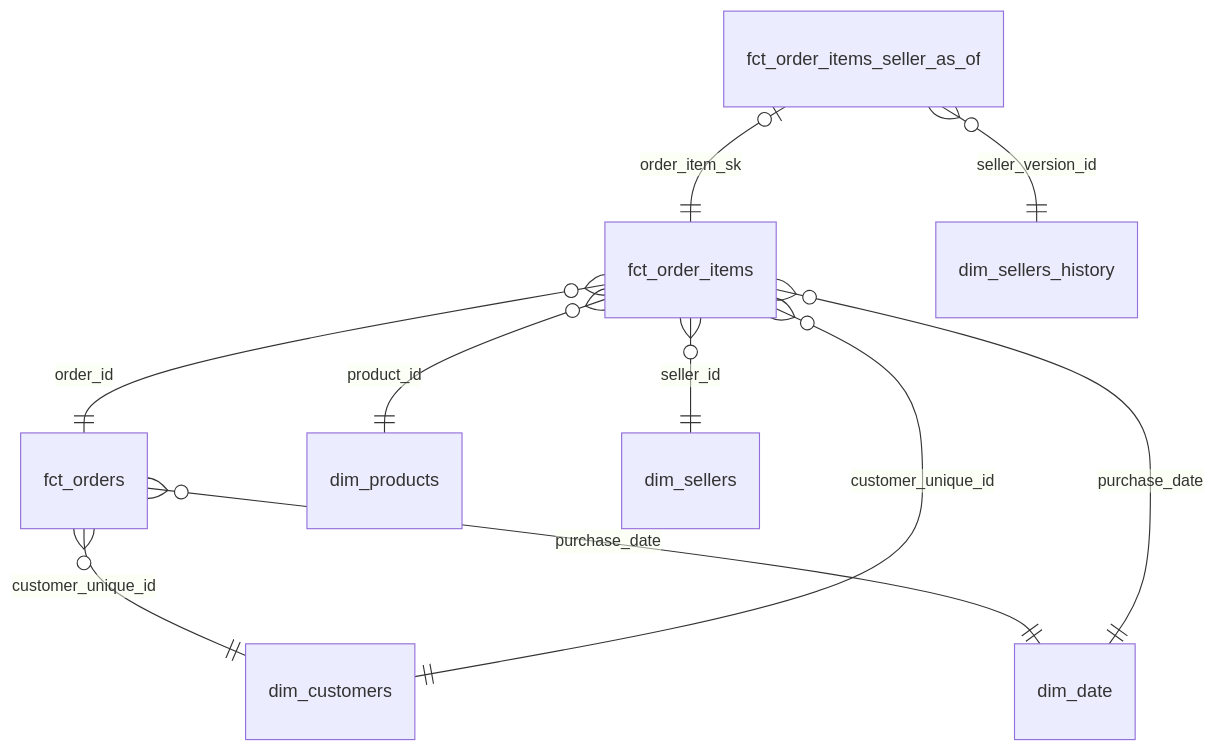
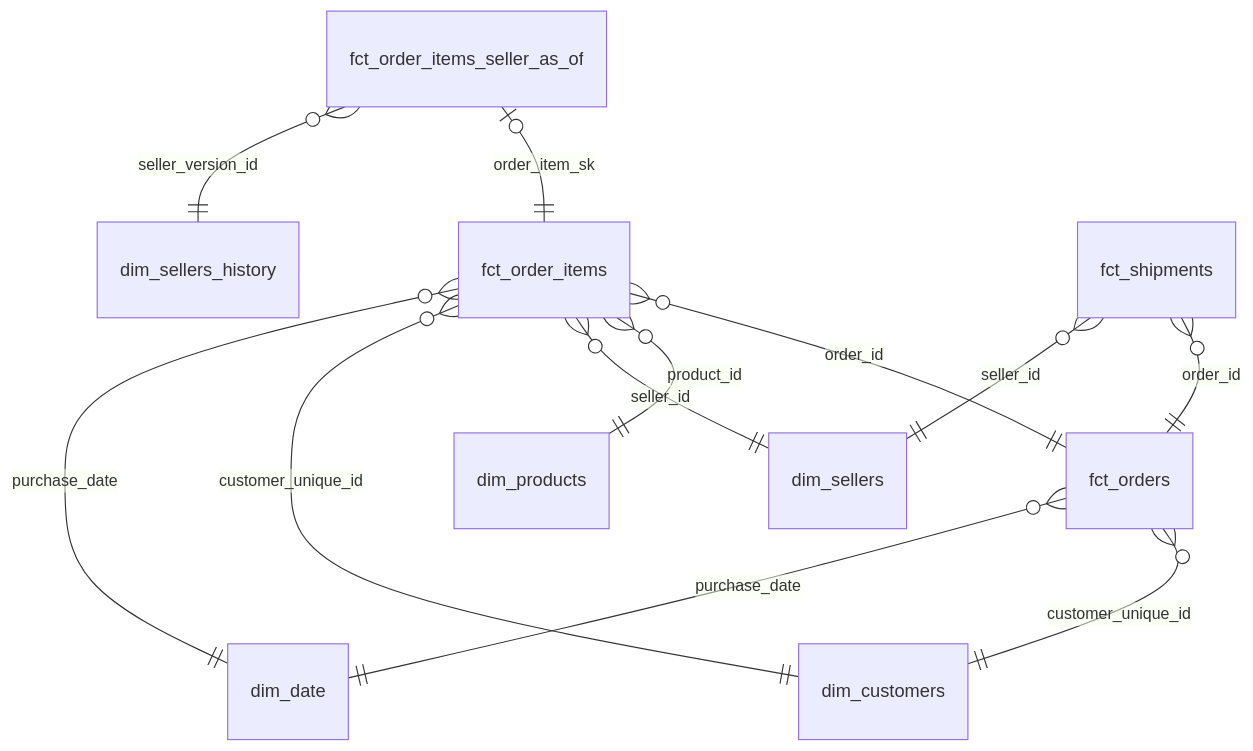
Before and after one commit to ShuCiG/olist-analytics-dbt: the second of 4 diagrams in README.md, drawn with Mermaid. The commit also changed other lines of this file and 14 other files, not shown here.

````diff
--- a/README.md
+++ b/README.md
@@ -144,12 +144,14 @@
 ```mermaid
 erDiagram
     fct_orders }o--|| dim_customers : customer_unique_id
     fct_orders }o--|| dim_date : purchase_date
     fct_order_items }o--|| fct_orders : order_id
     fct_order_items }o--|| dim_products : product_id
     fct_order_items }o--|| dim_sellers : seller_id
     fct_order_items }o--|| dim_customers : customer_unique_id
     fct_order_items_seller_as_of |o--|| fct_order_items : order_item_sk
     fct_order_items_seller_as_of }o--|| dim_sellers_history : seller_version_id
     fct_order_items }o--|| dim_date : purchase_date
+    fct_shipments }o--|| fct_orders : order_id
+    fct_shipments }o--|| dim_sellers : seller_id
 ```
````
